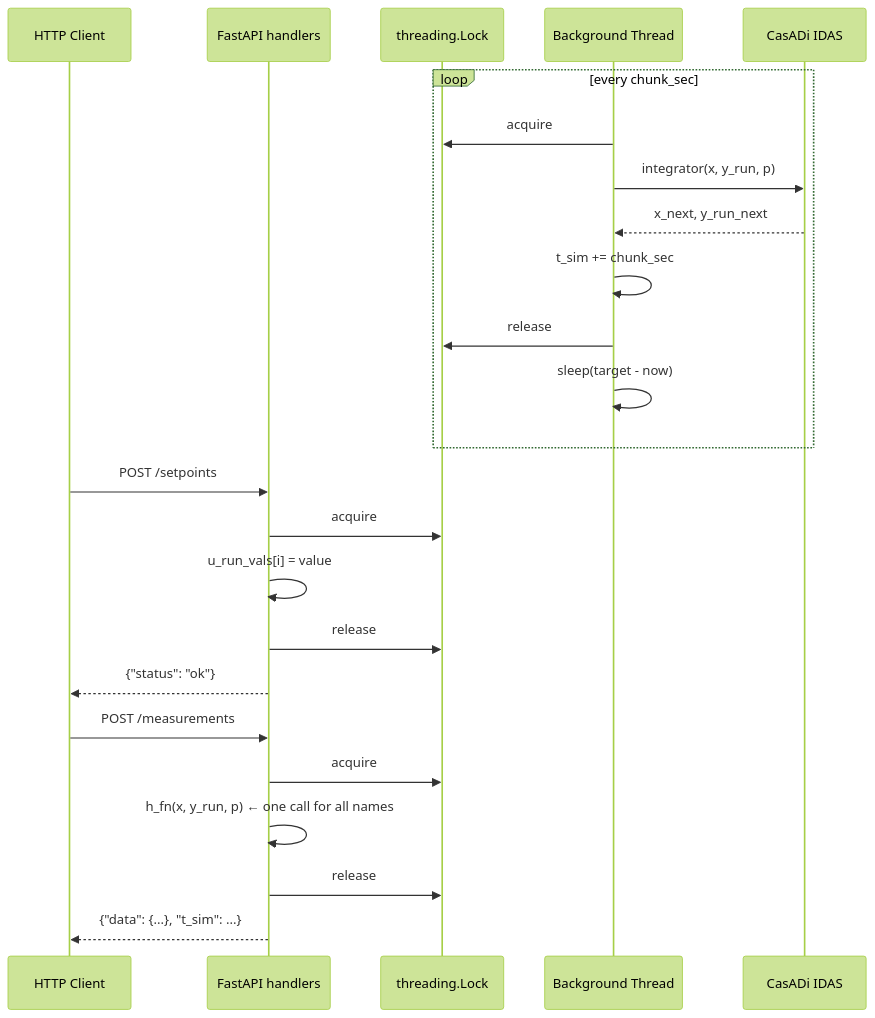
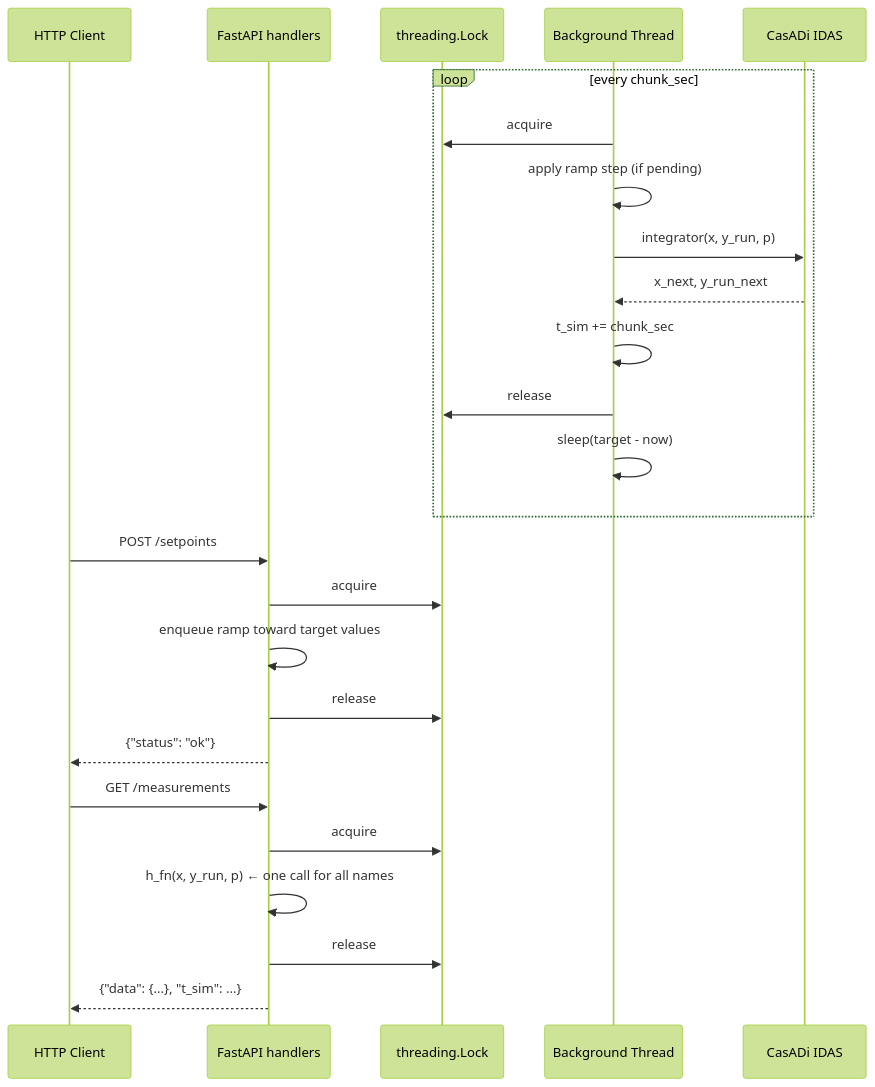
The diagram in docs/pydae-core/realtime_api.md (pydae/pydae), drawn with Mermaid (forest theme) before and after one commit. The commit also changed other lines of this file and 2 other files, not shown here.

First line of the commit message:
docs(core): document real-time API; add co-simulation interface

````diff
--- a/docs/pydae-core/realtime_api.md
+++ b/docs/pydae-core/realtime_api.md
@@ -88,29 +110,30 @@
 ```{mermaid}
 sequenceDiagram
     participant Client as HTTP Client
     participant API as FastAPI handlers
     participant Lock as threading.Lock
     participant Thread as Background Thread
     participant IDAS as CasADi IDAS
 
     loop every chunk_sec
         Thread->>Lock: acquire
+        Thread->>Thread: apply ramp step (if pending)
         Thread->>IDAS: integrator(x, y_run, p)
         IDAS-->>Thread: x_next, y_run_next
         Thread->>Thread: t_sim += chunk_sec
         Thread->>Lock: release
         Thread->>Thread: sleep(target - now)
     end
 
     Client->>API: POST /setpoints
     API->>Lock: acquire
-    API->>API: u_run_vals[i] = value
+    API->>API: enqueue ramp toward target values
     API->>Lock: release
     API-->>Client: {"status": "ok"}
 
-    Client->>API: POST /measurements
+    Client->>API: GET /measurements
     API->>Lock: acquire
     API->>API: h_fn(x, y_run, p)  ← one call for all names
     API->>Lock: release
     API-->>Client: {"data": {...}, "t_sim": ...}
 ```
````
